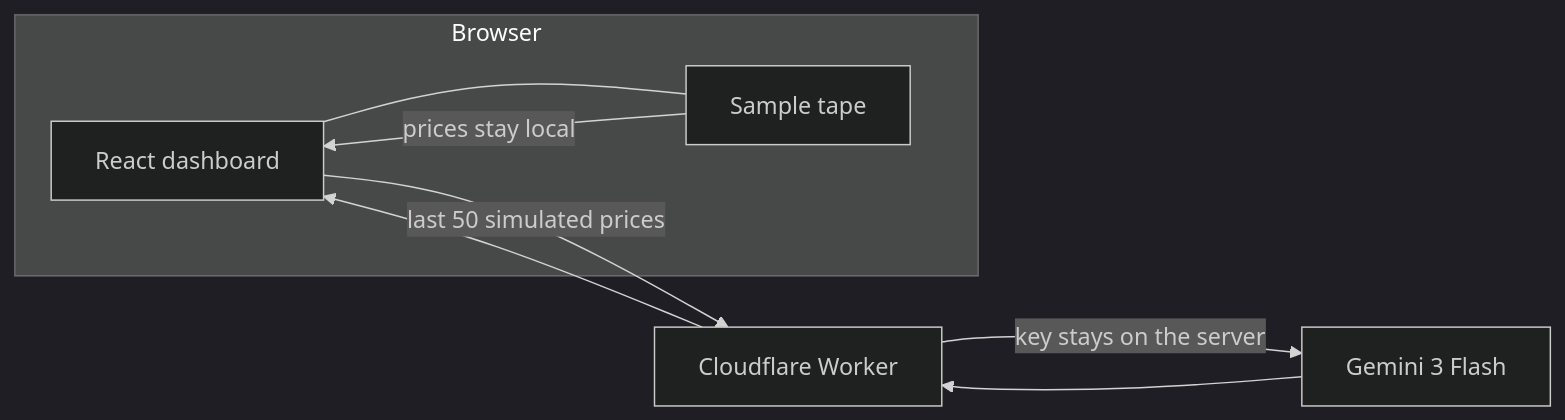
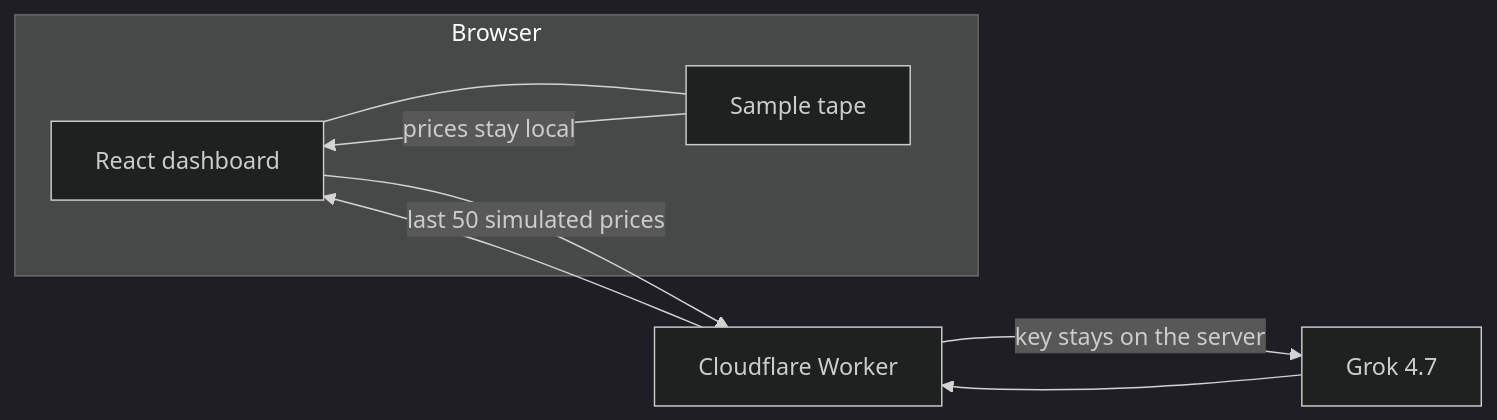
The diagram in README.md (kfairy9999/EquiFlow-Stock-App), drawn with Mermaid (dark theme) before and after one commit. The commit also changed other lines of this file and 14 other files, not shown here.

First line of the commit message:
Switch the written read from Gemini to Grok 4.7.

````diff
--- a/README.md
+++ b/README.md
@@ -24,14 +24,14 @@
 ```mermaid
 flowchart LR
   subgraph browser [Browser]
     UI[React dashboard]
     Tape[Sample tape]
     UI --- Tape
   end
   Worker[Cloudflare Worker]
-  Gemini[Gemini 3 Flash]
+  Grok[Grok 4.7]
   Tape -->|prices stay local| UI
   UI -->|last 50 simulated prices| Worker
-  Worker -->|key stays on the server| Gemini
-  Gemini --> Worker --> UI
+  Worker -->|key stays on the server| Grok
+  Grok --> Worker --> UI
 ```
````
